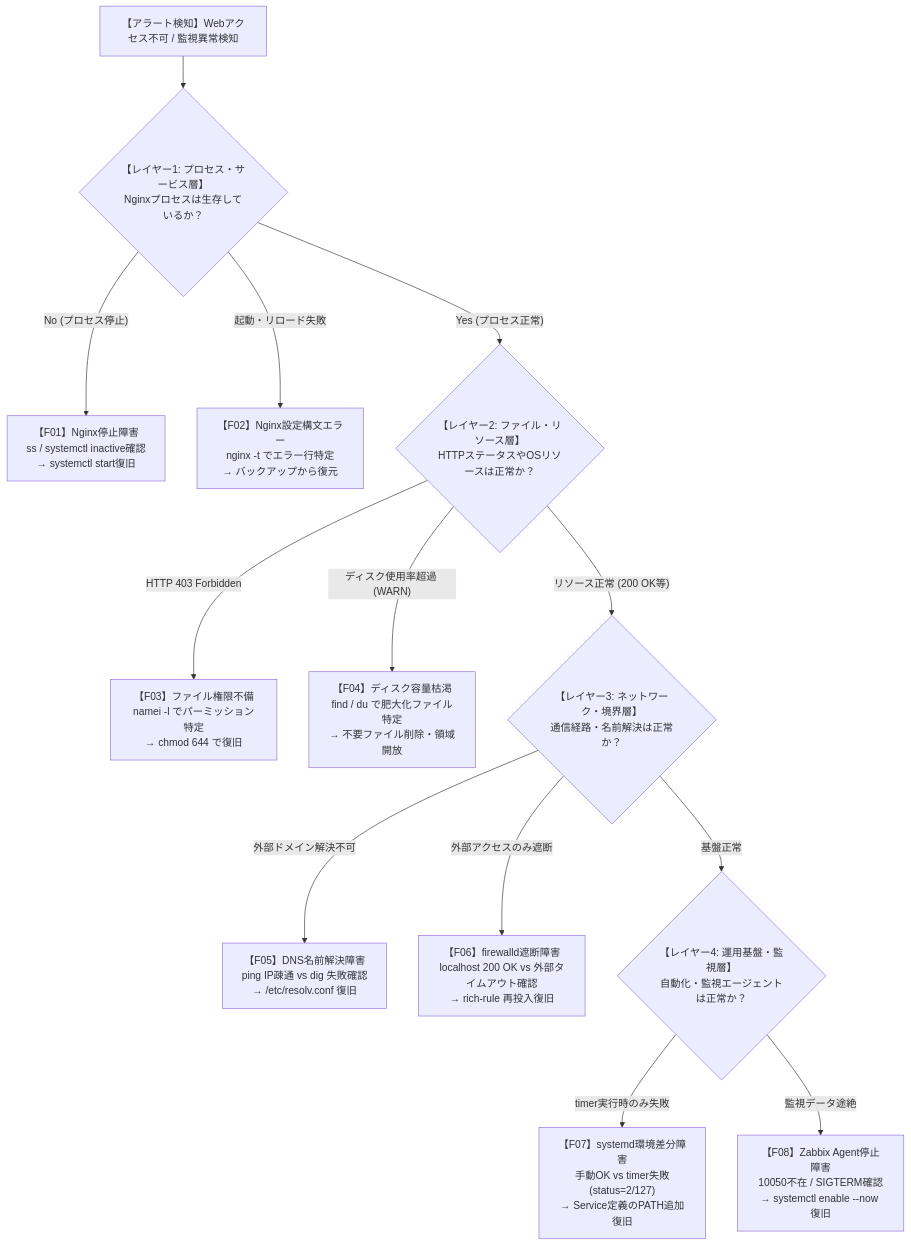
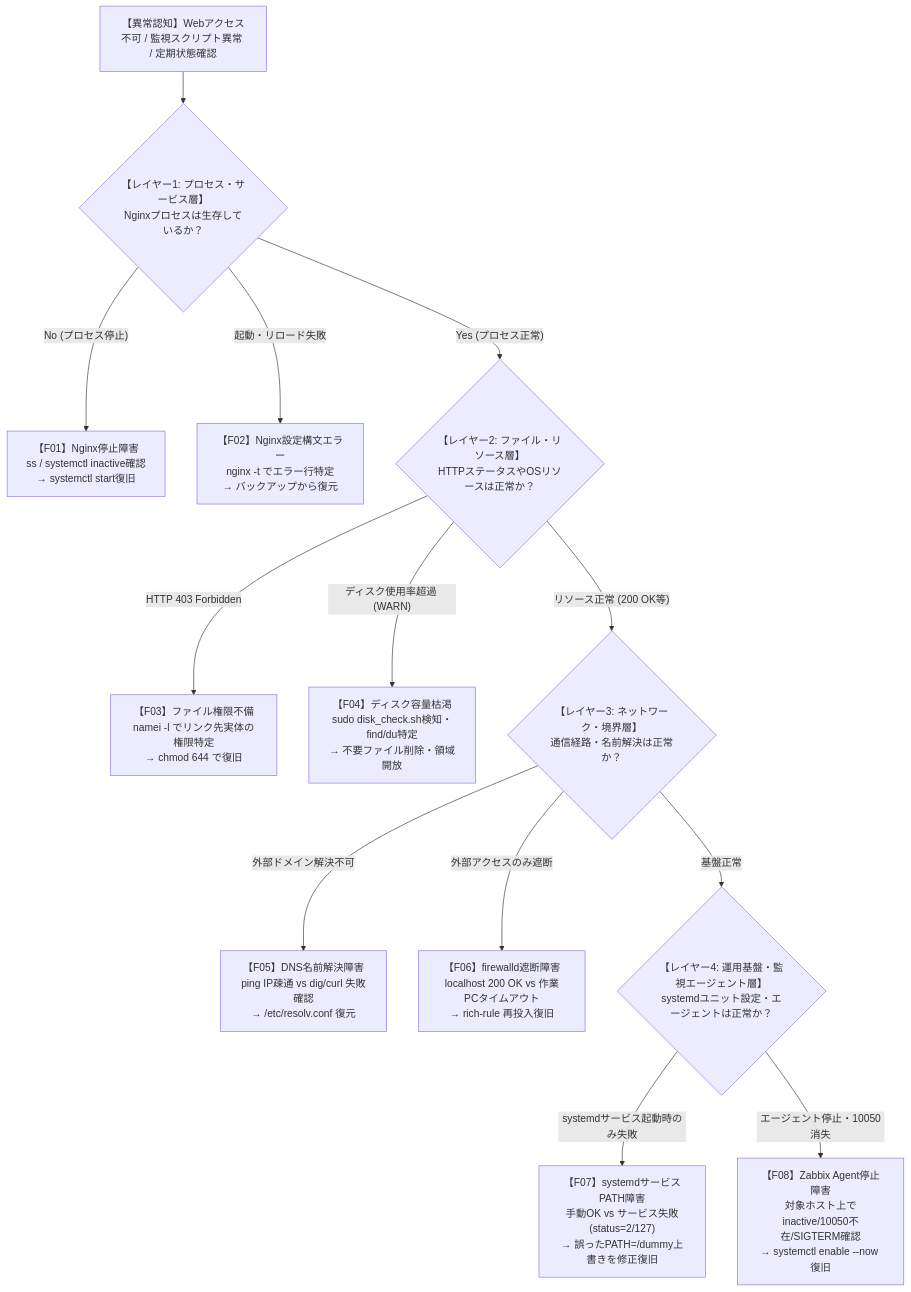
The second of 2 diagrams in README.md (tsdeportfolio/aws-linux-hybrid-portfolio), drawn with Mermaid before and after one commit. The commit also changed other lines of this file and 33 other files, not shown here.

````diff
--- a/README.md
+++ b/README.md
@@ -627,22 +675,22 @@
 ```mermaid
 graph TD
-    Alert["【アラート検知】Webアクセス不可 / 監視異常検知"] --> L1{"【レイヤー1: プロセス・サービス層】<br>Nginxプロセスは生存しているか？"}
+    Alert["【異常認知】Webアクセス不可 / 監視スクリプト異常 / 定期状態確認"] --> L1{"【レイヤー1: プロセス・サービス層】<br>Nginxプロセスは生存しているか？"}
     
     L1 -- "No (プロセス停止)" --> F01["【F01】Nginx停止障害<br>ss / systemctl inactive確認<br>→ systemctl start復旧"]
     L1 -- "起動・リロード失敗" --> F02["【F02】Nginx設定構文エラー<br>nginx -t でエラー行特定<br>→ バックアップから復元"]
     
     L1 -- "Yes (プロセス正常)" --> L2{"【レイヤー2: ファイル・リソース層】<br>HTTPステータスやOSリソースは正常か？"}
     
-    L2 -- "HTTP 403 Forbidden" --> F03["【F03】ファイル権限不備<br>namei -l でパーミッション特定<br>→ chmod 644 で復旧"]
-    L2 -- "ディスク使用率超過 (WARN)" --> F04["【F04】ディスク容量枯渇<br>find / du で肥大化ファイル特定<br>→ 不要ファイル削除・領域開放"]
+    L2 -- "HTTP 403 Forbidden" --> F03["【F03】ファイル権限不備<br>namei -l でリンク先実体の権限特定<br>→ chmod 644 で復旧"]
+    L2 -- "ディスク使用率超過 (WARN)" --> F04["【F04】ディスク容量枯渇<br>sudo disk_check.sh検知・find/du特定<br>→ 不要ファイル削除・領域開放"]
     
     L2 -- "リソース正常 (200 OK等)" --> L3{"【レイヤー3: ネットワーク・境界層】<br>通信経路・名前解決は正常か？"}
     
-    L3 -- "外部ドメイン解決不可" --> F05["【F05】DNS名前解決障害<br>ping IP疎通 vs dig 失敗確認<br>→ /etc/resolv.conf 復旧"]
-    L3 -- "外部アクセスのみ遮断" --> F06["【F06】firewalld遮断障害<br>localhost 200 OK vs 外部タイムアウト確認<br>→ rich-rule 再投入復旧"]
+    L3 -- "外部ドメイン解決不可" --> F05["【F05】DNS名前解決障害<br>ping IP疎通 vs dig/curl 失敗確認<br>→ /etc/resolv.conf 復元"]
+    L3 -- "外部アクセスのみ遮断" --> F06["【F06】firewalld遮断障害<br>localhost 200 OK vs 作業PCタイムアウト<br>→ rich-rule 再投入復旧"]
     
-    L3 -- "基盤正常" --> L4{"【レイヤー4: 運用基盤・監視層】<br>自動化・監視エージェントは正常か？"}
+    L3 -- "基盤正常" --> L4{"【レイヤー4: 運用基盤・監視エージェント層】<br>systemdユニット設定・エージェントは正常か？"}
     
-    L4 -- "timer実行時のみ失敗" --> F07["【F07】systemd環境差分障害<br>手動OK vs timer失敗(status=2/127)<br>→ Service定義のPATH追加復旧"]
-    L4 -- "監視データ途絶" --> F08["【F08】Zabbix Agent停止障害<br>10050不在 / SIGTERM確認<br>→ systemctl enable --now 復旧"]
+    L4 -- "systemdサービス起動時のみ失敗" --> F07["【F07】systemdサービスPATH障害<br>手動OK vs サービス失敗(status=2/127)<br>→ 誤ったPATH=/dummy上書きを修正復旧"]
+    L4 -- "エージェント停止・10050消失" --> F08["【F08】Zabbix Agent停止障害<br>対象ホスト上でinactive/10050不在/SIGTERM確認<br>→ systemctl enable --now 復旧"]
 ```
````
